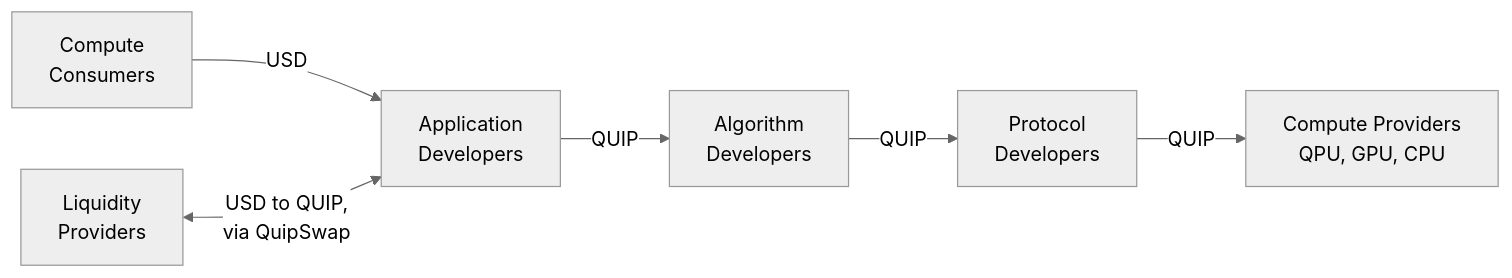
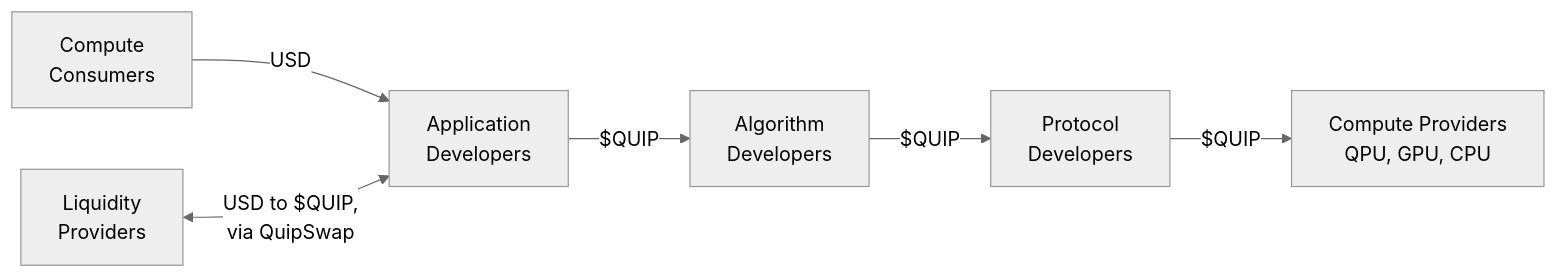
Before and after one commit to QuipNetwork/developers.quip.network: the second of 2 diagrams in docs/interlock/how-quip-fits-together.md, drawn with Mermaid (neutral theme). The commit also changed other lines of this file and 4 other files, not shown here.

````diff
--- a/docs/interlock/how-quip-fits-together.md
+++ b/docs/interlock/how-quip-fits-together.md
@@ -59,8 +59,8 @@
 ```mermaid
 flowchart LR
     CC["Compute<br/>Consumers"] -->|USD| AD["Application<br/>Developers"]
-    AD -->|QUIP| ALG["Algorithm<br/>Developers"]
-    ALG -->|QUIP| PD["Protocol<br/>Developers"]
-    PD -->|QUIP| CP["Compute Providers<br/>QPU, GPU, CPU"]
-    LP["Liquidity<br/>Providers"] <-->|"USD to QUIP,<br/>via QuipSwap"| AD
+    AD -->|"$QUIP"| ALG["Algorithm<br/>Developers"]
+    ALG -->|"$QUIP"| PD["Protocol<br/>Developers"]
+    PD -->|"$QUIP"| CP["Compute Providers<br/>QPU, GPU, CPU"]
+    LP["Liquidity<br/>Providers"] <-->|"USD to $QUIP,<br/>via QuipSwap"| AD
 ```
````
